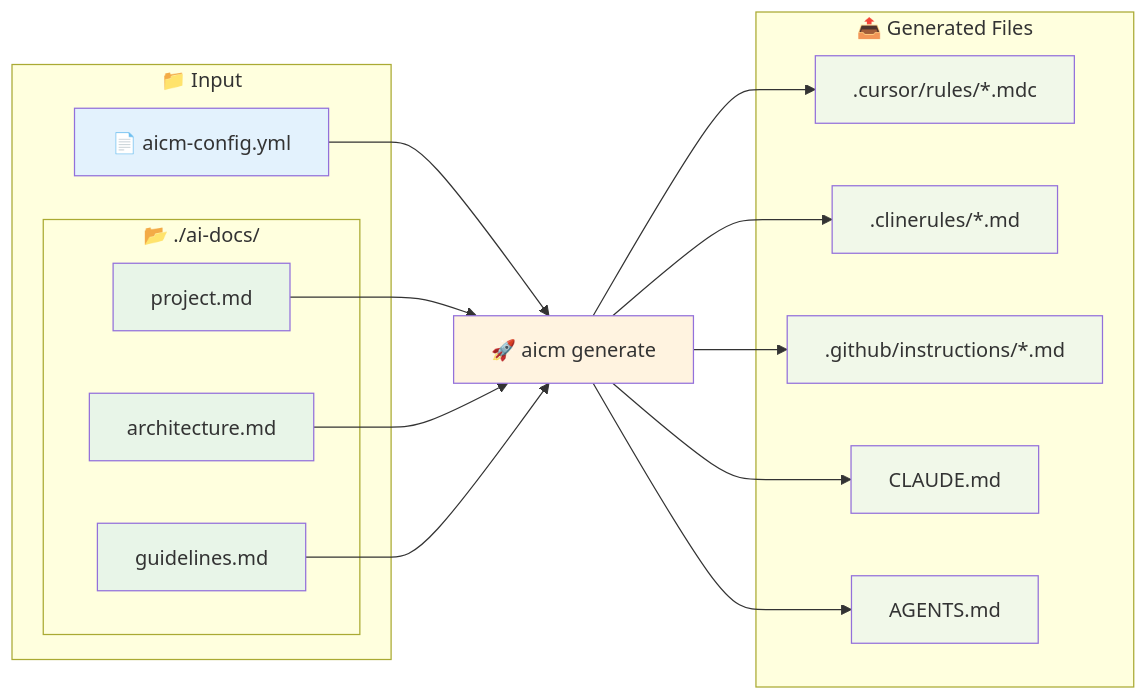
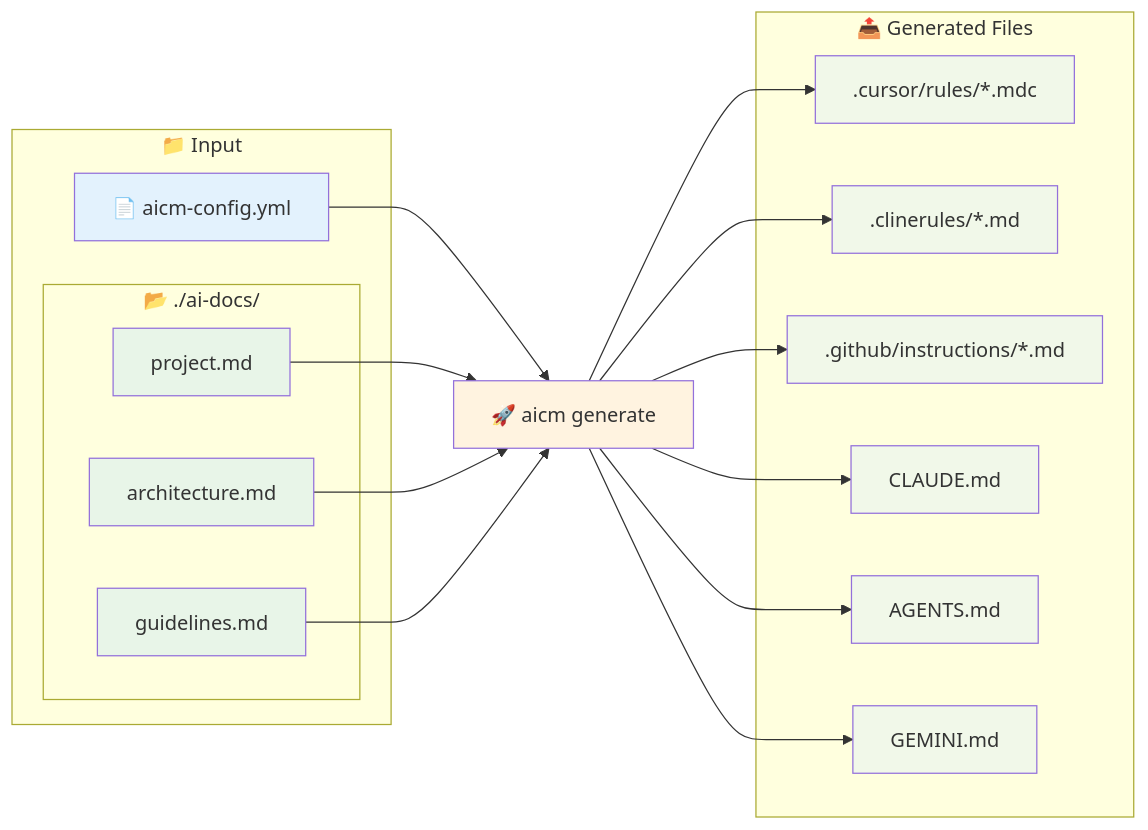
One commit to morooka-akira/aicm changed the diagram in README.ja.md. Above: the diagram before and after it, drawn with Mermaid. The commit also changed other lines of this file and 7 other files, not shown here.

````diff
--- a/README.ja.md
+++ b/README.ja.md
@@ -29,44 +29,47 @@
 ```mermaid
 flowchart LR
     subgraph "📁 Input"
         CONFIG[📄 aicm-config.yml]
         
         subgraph "📂 ./ai-docs/"
             DOC1[project.md]
             DOC2[architecture.md]
             DOC3[guidelines.md]
         end
     end
     
     PROCESS[🚀 aicm generate]
     
     subgraph "📤 Generated Files"
         OUT1[.cursor/rules/*.mdc]
         OUT2[.clinerules/*.md]
         OUT3[.github/instructions/*.md]
         OUT4[CLAUDE.md]
         OUT5[AGENTS.md]
+        OUT6[GEMINI.md]
     end
     
     CONFIG --> PROCESS
     DOC1 --> PROCESS
     DOC2 --> PROCESS
     DOC3 --> PROCESS
     
     PROCESS --> OUT1
     PROCESS --> OUT2
     PROCESS --> OUT3
     PROCESS --> OUT4
     PROCESS --> OUT5
+    PROCESS --> OUT6
     
     style CONFIG fill:#e3f2fd
     style DOC1 fill:#e8f5e8
     style DOC2 fill:#e8f5e8
     style DOC3 fill:#e8f5e8
     style PROCESS fill:#fff3e0
     style OUT1 fill:#f1f8e9
     style OUT2 fill:#f1f8e9
     style OUT3 fill:#f1f8e9
     style OUT4 fill:#f1f8e9
     style OUT5 fill:#f1f8e9
+    style OUT6 fill:#f1f8e9
 ```
````
